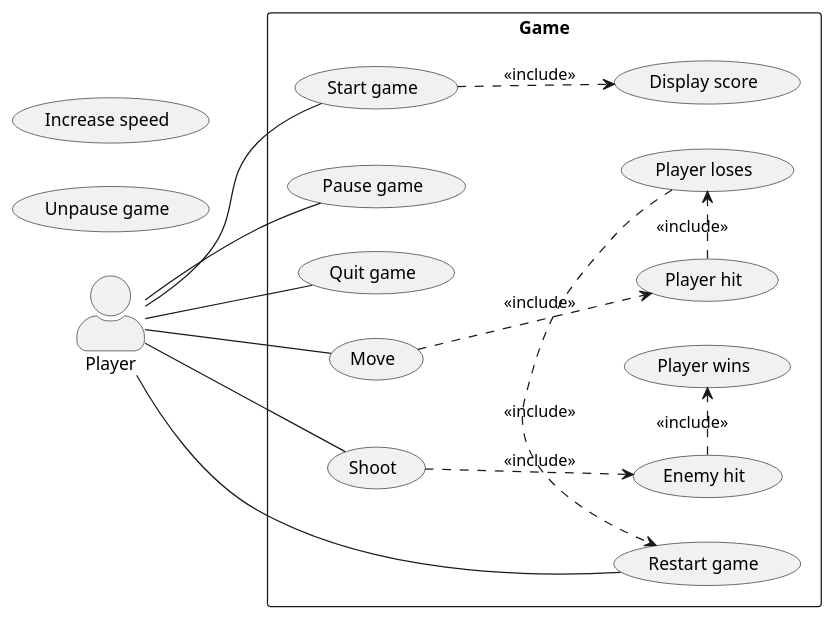
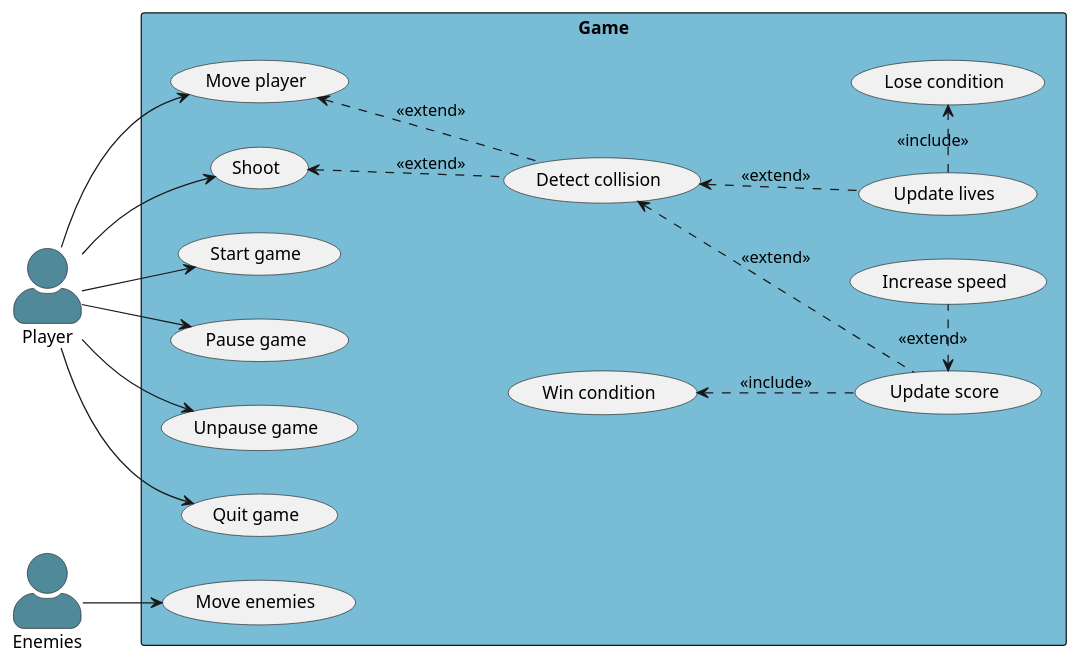
One commit to ErFer7/Stellar-Warfare changed the diagram in docs/use_case_diagram.plantuml. Above: the diagram before and after it, drawn with PlantUML. The commit also changed 1 other file, not shown here.

Commit message:
use case diagram

```diff
--- a/docs/use_case_diagram.plantuml
+++ b/docs/use_case_diagram.plantuml
@@ -1,22 +1,43 @@
 @startuml
 left to right direction
 skinparam packageStyle rect
 skinparam actorStyle awesome
-actor Player
-rectangle Game {
-    Player -- (Start game)
-    Player -- (Pause game)
-    Player -- (Quit game)
-    Player -- (Move)
-    (Move) .down.> (Player hit) : <<include>>
-    (Player hit) .right.> (Player loses) : <<include>>
-    Player -- (Shoot)
-    (Shoot) .down.> (Enemy hit) : <<include>>
-    (Enemy hit) .right.> (Player wins) : <<include>>
-    (Start game) .down.> (Display score) : <<include>>
-    Player -- (Restart game)
-    (Player loses) .right.> (Restart game) : <<include>>
+actor Player #508999
+actor Enemies #508999
+rectangle Game #78BCD5{
+    usecase "Start game" as UC1
+    usecase "Move player" as UC2
+    usecase "Move enemies" as UC3
+    usecase "Shoot" as UC4
+    usecase "Detect collision" as UC5
+    usecase "Update score" as UC6
+    usecase "Update lives" as UC7
+    usecase "Increase speed" as UC8
+    usecase "Win condition" as UC9
+    usecase "Lose condition" as UC10
+    usecase "Pause game" as UC11
+    usecase "Unpause game" as UC12
+    usecase "Quit game" as UC13
+
+    Player --> UC1
+    Player --> UC2
+    Player --> UC4
+    Player --> UC11
+    Player --> UC12
+    Player --> UC13
+
+    Enemies --> UC3
+
+    UC5 .up.> UC4 : <<extend>>
+    UC5 .up.> UC2 : <<extend>>
+
+    UC6 .up.> UC5 : <<extend>>
+    UC7 .up.> UC5 : <<extend>>
+
+    UC9 <.down. UC6 : <<include>>
+    UC10 <.left. UC7 : <<include>>
+
+    UC8 .left.> UC6 : <<extend>>
 }
-(Unpause game)
-(Increase speed)
+
 @enduml
```
